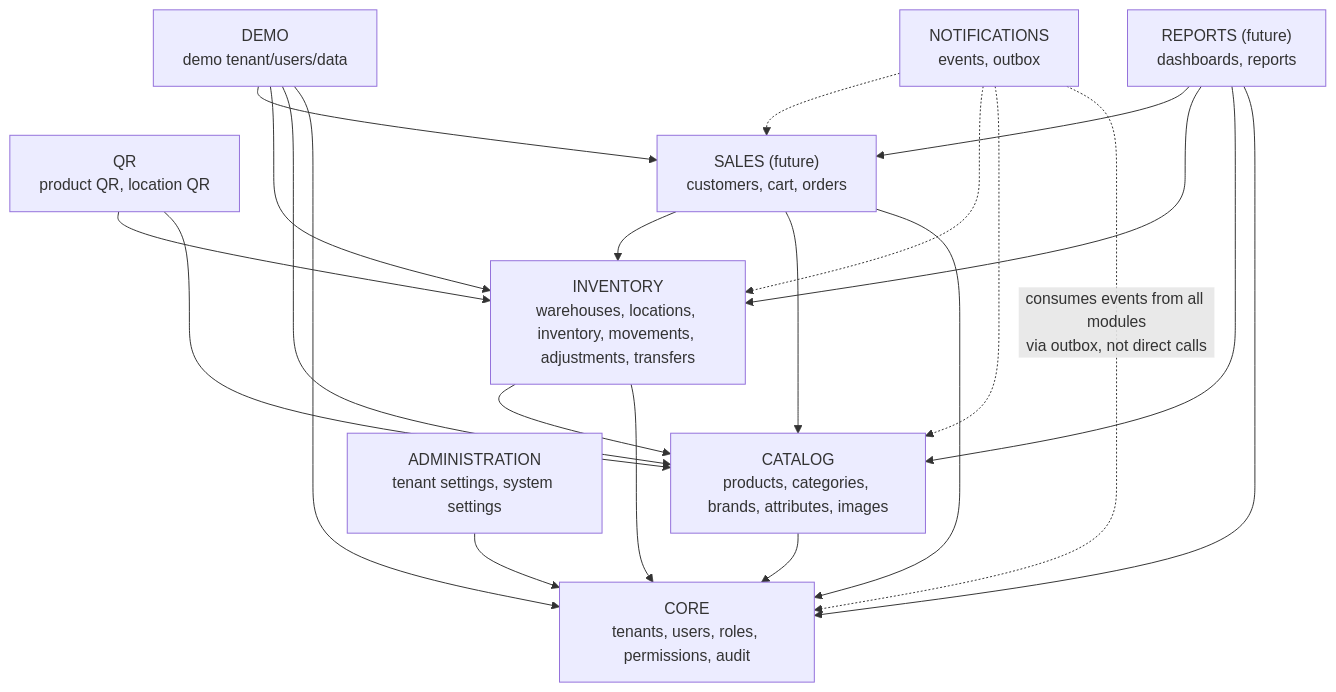
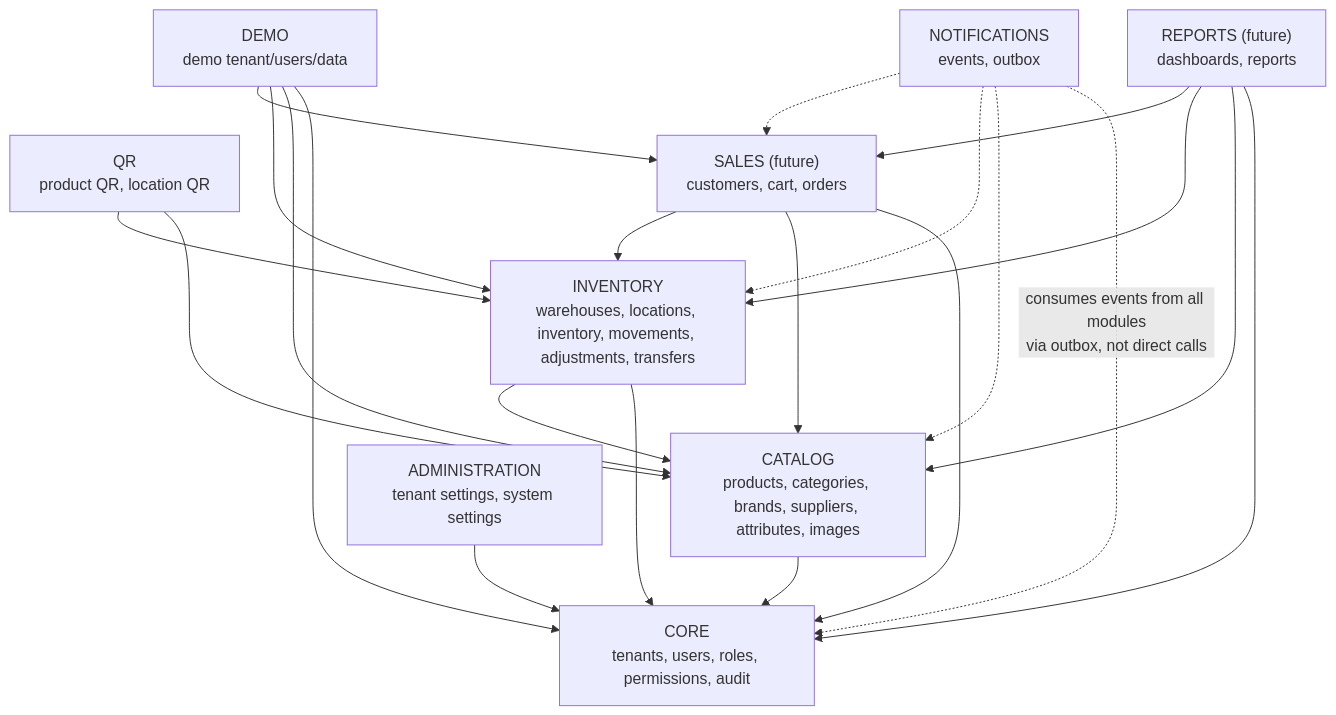
The first of 5 diagrams in docs/architecture/modules.md (smagsoft-code/saas-inventory), drawn with Mermaid before and after one commit. The commit also changed other lines of this file and 20 other files, not shown here.

````diff
--- a/docs/architecture/modules.md
+++ b/docs/architecture/modules.md
@@ -19,34 +19,34 @@
 ```mermaid
 flowchart TB
     Core["CORE\ntenants, users, roles, permissions, audit"]
-    Catalog["CATALOG\nproducts, categories, brands, attributes, images"]
+    Catalog["CATALOG\nproducts, categories, brands, suppliers, attributes, images"]
     Inventory["INVENTORY\nwarehouses, locations, inventory, movements, adjustments, transfers"]
     QR["QR\nproduct QR, location QR"]
     Sales["SALES (future)\ncustomers, cart, orders"]
     Notifications["NOTIFICATIONS\nevents, outbox"]
     Reports["REPORTS (future)\ndashboards, reports"]
     Admin["ADMINISTRATION\ntenant settings, system settings"]
     Demo["DEMO\ndemo tenant/users/data"]
 
     Catalog --> Core
     Inventory --> Core
     Inventory --> Catalog
     QR --> Catalog
     QR --> Inventory
     Sales --> Core
     Sales --> Catalog
     Sales --> Inventory
     Reports --> Core
     Reports --> Catalog
     Reports --> Inventory
     Reports --> Sales
     Admin --> Core
     Notifications -. "consumes events from all modules\nvia outbox, not direct calls" .-> Core
     Notifications -. " " .-> Catalog
     Notifications -. " " .-> Inventory
     Notifications -. " " .-> Sales
     Demo --> Core
     Demo --> Catalog
     Demo --> Inventory
     Demo --> Sales
 ```
````
